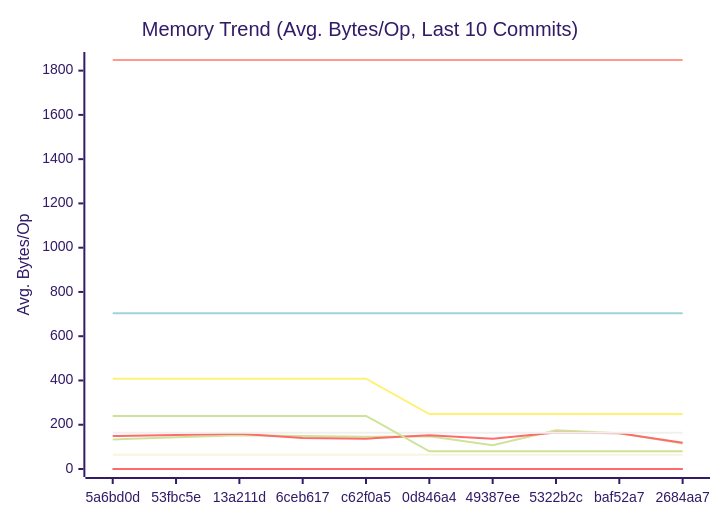
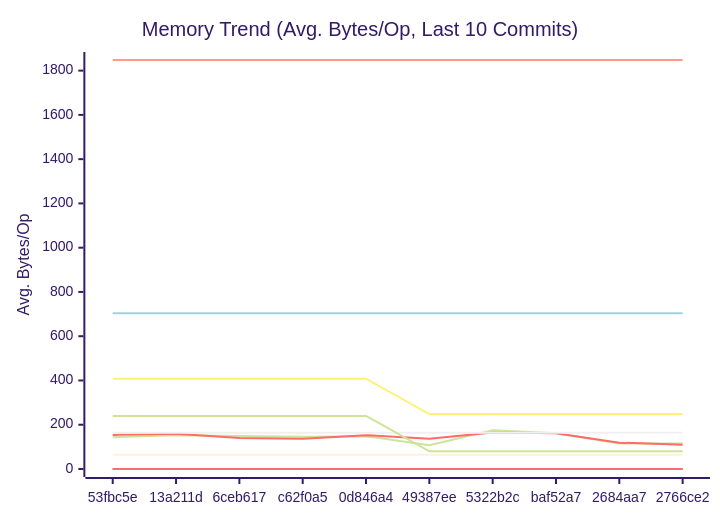
Before and after one commit to alsotoes/momo: the second of 3 diagrams in docs/PERFORMANCE.md, drawn with Mermaid (forest theme). The commit also changed other lines of this file and 2 other files, not shown here.

````diff
--- a/docs/PERFORMANCE.md
+++ b/docs/PERFORMANCE.md
@@ -171,20 +171,20 @@
 ```mermaid
 xychart-beta
     title "Memory Trend (Avg. Bytes/Op, Last 10 Commits)"
     x-axis "Commit"
     y-axis "Avg. Bytes/Op"
-    x-axis [5a6bd0d,53fbc5e,13a211d,6ceb617,c62f0a5,0d846a4,49387ee,5322b2c,baf52a7,2684aa7]
-    line "AWSChunkedReaderSigned" [133,144,152,149,146,148,107,175,162,115]
-    line "AWSChunkedReaderUnsigned" [149,154,159,140,137,153,137,165,162,119]
+    x-axis [53fbc5e,13a211d,6ceb617,c62f0a5,0d846a4,49387ee,5322b2c,baf52a7,2684aa7,2766ce2]
+    line "AWSChunkedReaderSigned" [144,152,149,146,148,107,175,162,115,115]
+    line "AWSChunkedReaderUnsigned" [154,159,140,137,153,137,165,162,119,110]
     line "CheckMetricsAndSwap" [0,0,0,0,0,0,0,0,0,0]
     line "CrushOptimized" [0,0,0,0,0,0,0,0,0,0]
     line "CrushOriginal" [164,164,164,164,164,164,164,164,164,164]
     line "IndexDirectTracking" [0,0,0,0,0,0,0,0,0,0]
     line "IndexSearch" [0,0,0,0,0,0,0,0,0,0]
     line "LoadGlobalConfig" [1848,1848,1848,1848,1848,1848,1848,1848,1848,1848]
     line "PadString" [64,64,64,64,64,64,64,64,64,64]
     line "ParseReplicationOrder_NoPrealloc" [408,408,408,408,408,248,248,248,248,248]
     line "ParseReplicationOrder_Prealloc" [240,240,240,240,240,80,80,80,80,80]
     line "SanitizeLog/Safe" [0,0,0,0,0,0,0,0,0,0]
     line "SanitizeLog/Unsafe" [704,704,704,704,704,704,704,704,704,704]
 ```
````
